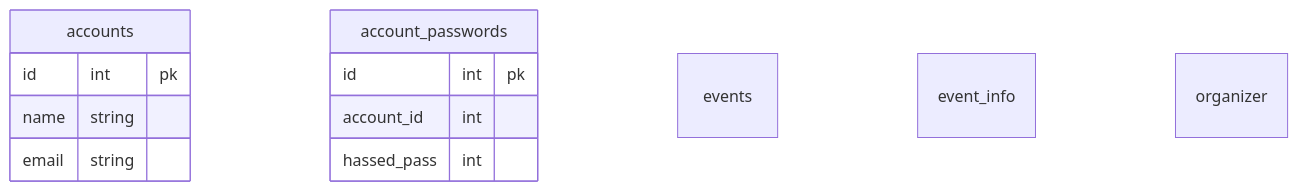
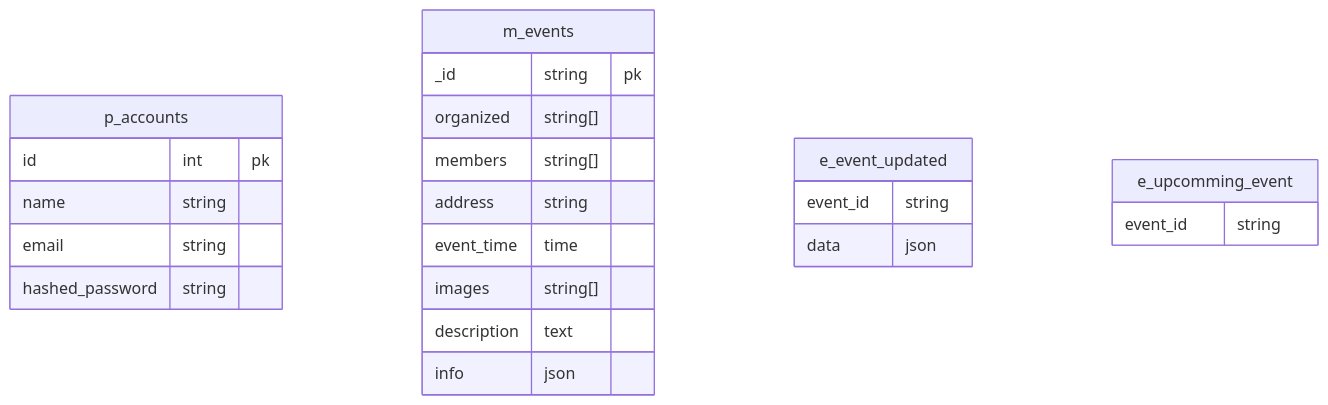
Before and after one commit to codingandcoffeerighthand/events-bun: the diagram in docs/data_model.md, drawn with Mermaid. The commit also changed other lines of this file and 16 other files, not shown here.

````diff
--- a/docs/data_model.md
+++ b/docs/data_model.md
@@ -3,21 +3,32 @@
 ```mermaid
-
+---
+note: events use mongo db
+---
 erDiagram
-  accounts {
+  p_accounts{
     id int  pk
     name string
     email string
-    
+    hashed_password string    
   }
 
-  account_passwords {
-    id int pk
-    account_id int
-    hassed_pass int
+  m_events {
+    _id string pk
+    organized string[]
+    members string[] 
+    address string
+    event_time time
+    images string[]
+    description text
+    info json
   }
-
-  events {}
-  event_info {}
-
-  organizer {}
+  
+  e_event_updated {
+    event_id string
+    data json
+  }
+  
+  e_upcomming_event {
+    event_id string
+  }
 ```
````
